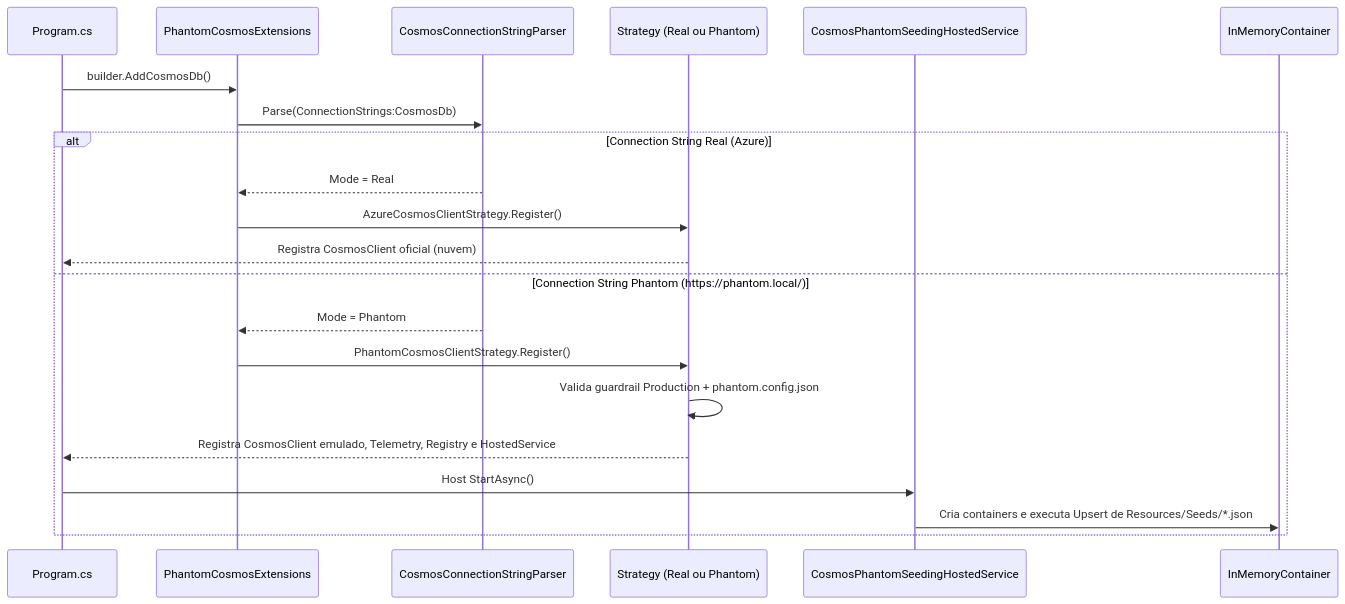
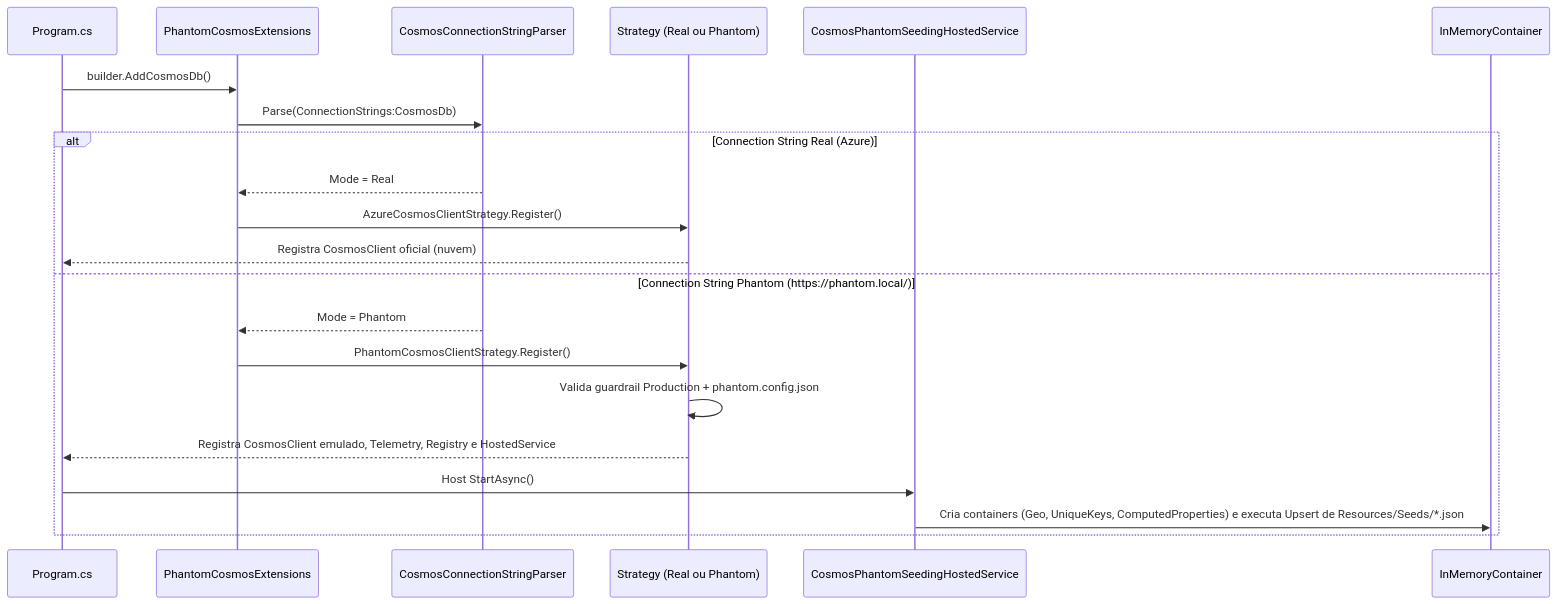
One commit to iamdiegoinacio/PhantomCosmosDB changed the second of 3 diagrams in Docs/Architecture.md. Above: the diagram before and after it, drawn with Mermaid. The commit also changed other lines of this file and 2 other files, not shown here.

Commit message:
docs: update README, Architecture, and Core README with Dashboard, Geo, and local API integration guide

````diff
--- a/Docs/Architecture.md
+++ b/Docs/Architecture.md
@@ -60,25 +74,25 @@
 ```mermaid
 sequenceDiagram
     participant App as Program.cs
     participant Ext as PhantomCosmosExtensions
     participant Parser as CosmosConnectionStringParser
     participant Strategy as Strategy (Real ou Phantom)
     participant Hosted as CosmosPhantomSeedingHostedService
     participant Core as InMemoryContainer
 
     App->>Ext: builder.AddCosmosDb()
     Ext->>Parser: Parse(ConnectionStrings:CosmosDb)
 
     alt Connection String Real (Azure)
         Parser-->>Ext: Mode = Real
         Ext->>Strategy: AzureCosmosClientStrategy.Register()
         Strategy-->>App: Registra CosmosClient oficial (nuvem)
     else Connection String Phantom (https://phantom.local/)
         Parser-->>Ext: Mode = Phantom
         Ext->>Strategy: PhantomCosmosClientStrategy.Register()
         Strategy->>Strategy: Valida guardrail Production + phantom.config.json
         Strategy-->>App: Registra CosmosClient emulado, Telemetry, Registry e HostedService
         App->>Hosted: Host StartAsync()
-        Hosted->>Core: Cria containers e executa Upsert de Resources/Seeds/*.json
+        Hosted->>Core: Cria containers (Geo, UniqueKeys, ComputedProperties) e executa Upsert de Resources/Seeds/*.json
     end
 ```
````
